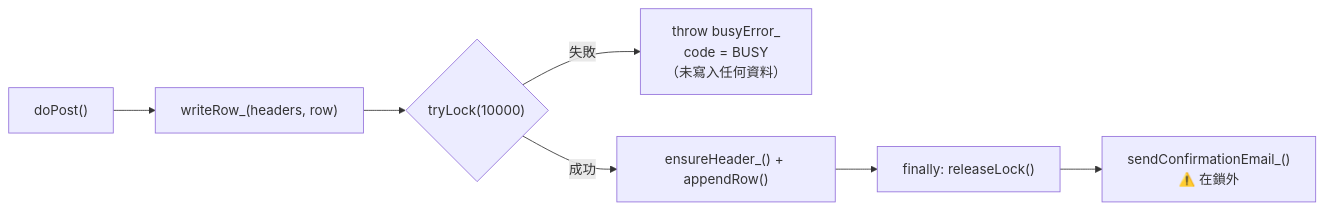
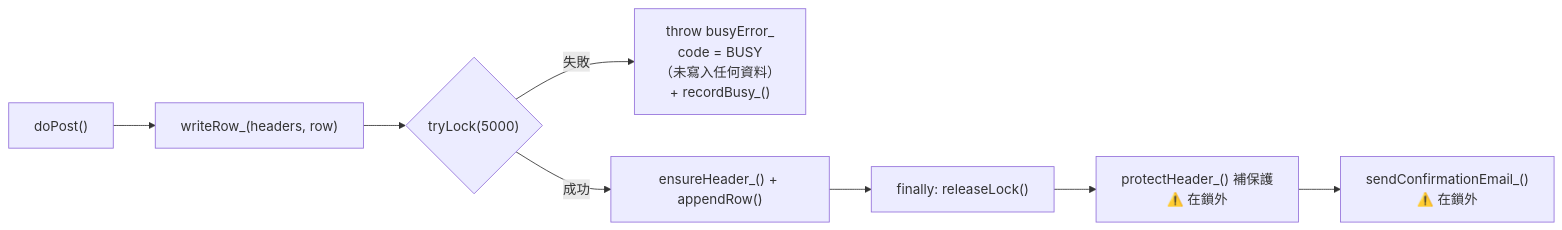
One commit to otc-application/otc-application-form changed the ninth of 10 diagrams in 2026-09-26 - 📄 NEW PAGE - Me Time 充充電報名表/doc/api.md. Above: the diagram before and after it, drawn with Mermaid. The commit also changed other lines of this file and 6 other files, not shown here.

````diff
--- a/2026-09-26 - 📄 NEW PAGE - Me Time 充充電報名表/doc/api.md
+++ b/2026-09-26 - 📄 NEW PAGE - Me Time 充充電報名表/doc/api.md
@@ -484,9 +505,10 @@
 ```mermaid
 flowchart LR
     A["doPost()"] --> B["writeRow_(headers, row)"]
-    B --> C{"tryLock(10000)"}
-    C -->|"失敗"| D["throw busyError_<br/>code = BUSY<br/>（未寫入任何資料）"]
+    B --> C{"tryLock(5000)"}
+    C -->|"失敗"| D["throw busyError_<br/>code = BUSY<br/>（未寫入任何資料）<br/>+ recordBusy_()"]
     C -->|"成功"| E["ensureHeader_() + appendRow()"]
     E --> F["finally: releaseLock()"]
-    F --> G["sendConfirmationEmail_()<br/>⚠️ 在鎖外"]
+    F --> G["protectHeader_() 補保護<br/>⚠️ 在鎖外"]
+    G --> H["sendConfirmationEmail_()<br/>⚠️ 在鎖外"]
 ```
````
